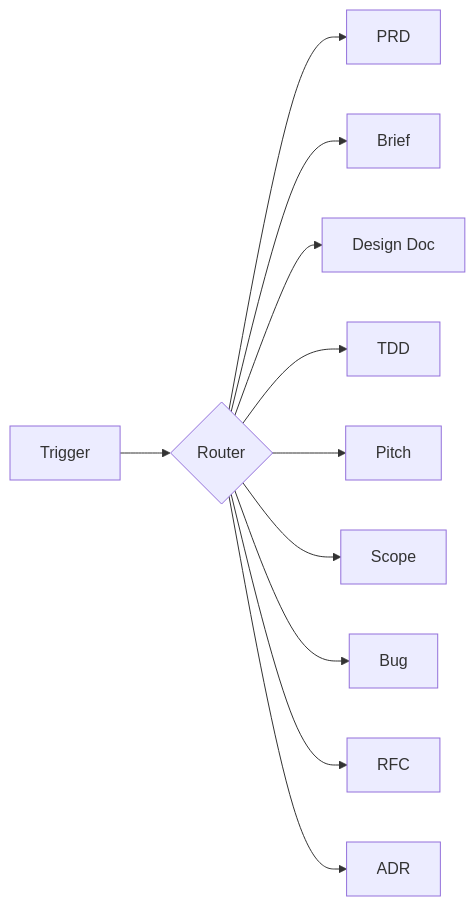
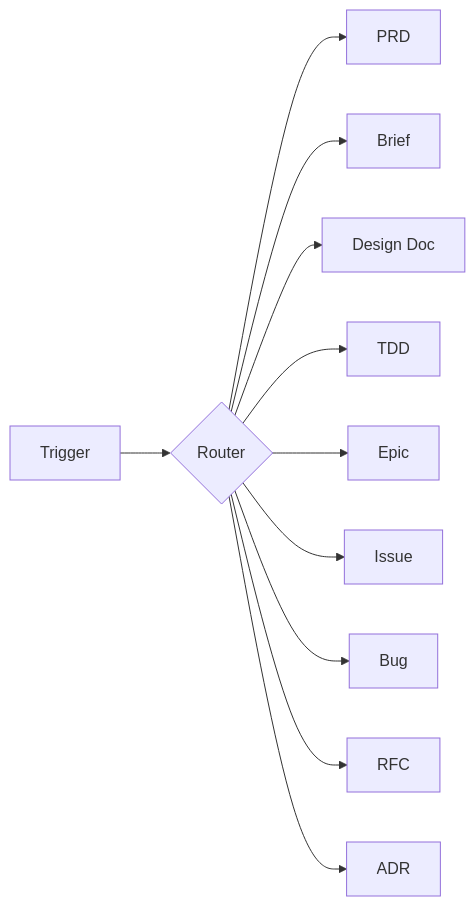
Before and after one commit to adeonir/agent-skills: the diagram in skills/(product)/docs-writer/README.md, drawn with Mermaid. The commit also changed other lines of this file and 21 other files, not shown here.

First line of the commit message:
refactor: replace pitch and scope with epic and issue in docs-writer

````diff
--- a/skills/(product)/docs-writer/README.md
+++ b/skills/(product)/docs-writer/README.md
@@ -15,13 +15,13 @@
 ```mermaid
 flowchart LR
     T[Trigger] --> R{Router}
     R --> PRD[PRD]
     R --> B[Brief]
     R --> DD[Design Doc]
     R --> TDD[TDD]
-    R --> P[Pitch]
-    R --> S[Scope]
+    R --> E[Epic]
+    R --> I[Issue]
     R --> BG[Bug]
     R --> RFC[RFC]
     R --> ADR[ADR]
 ```
````
